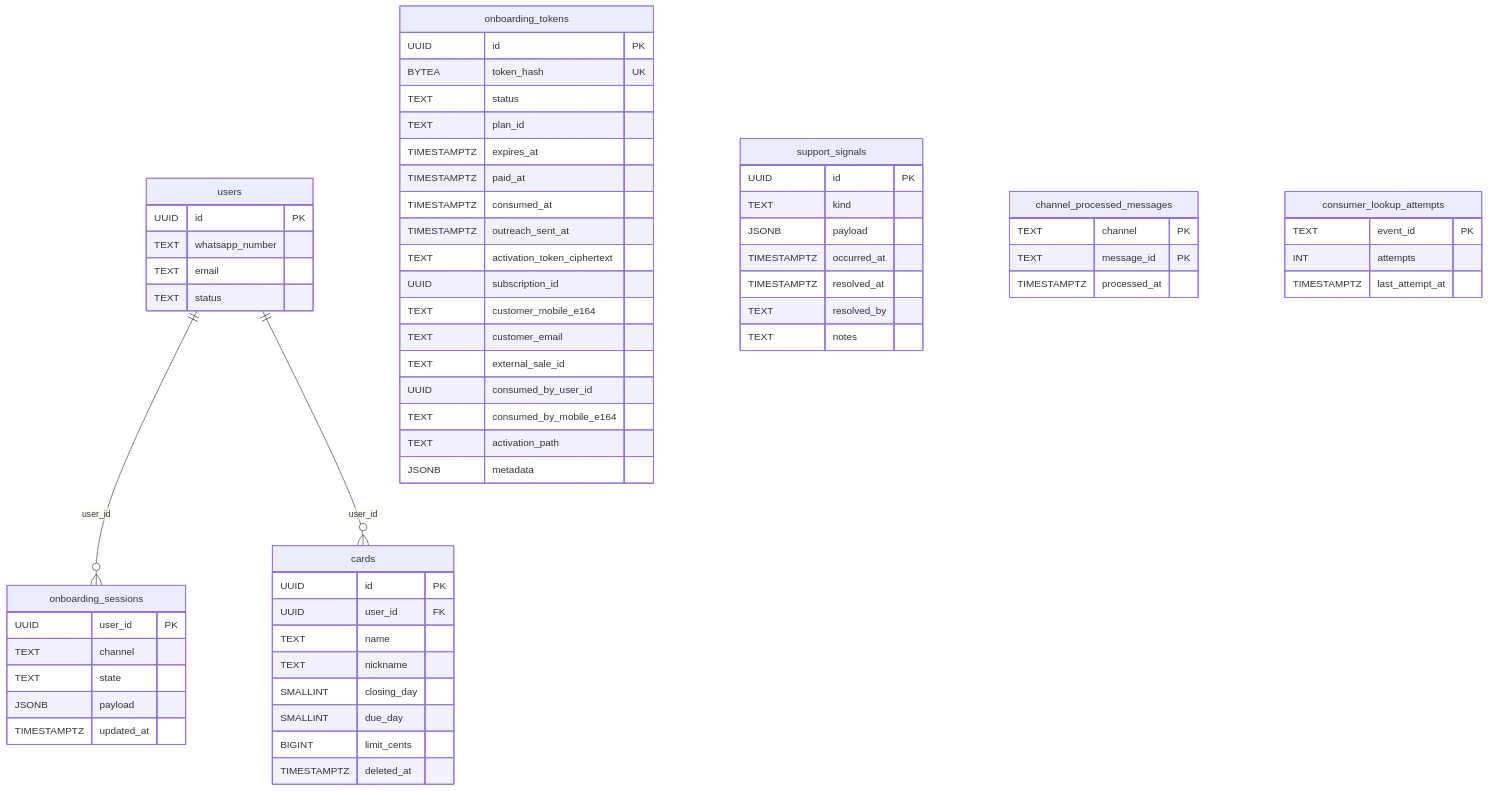
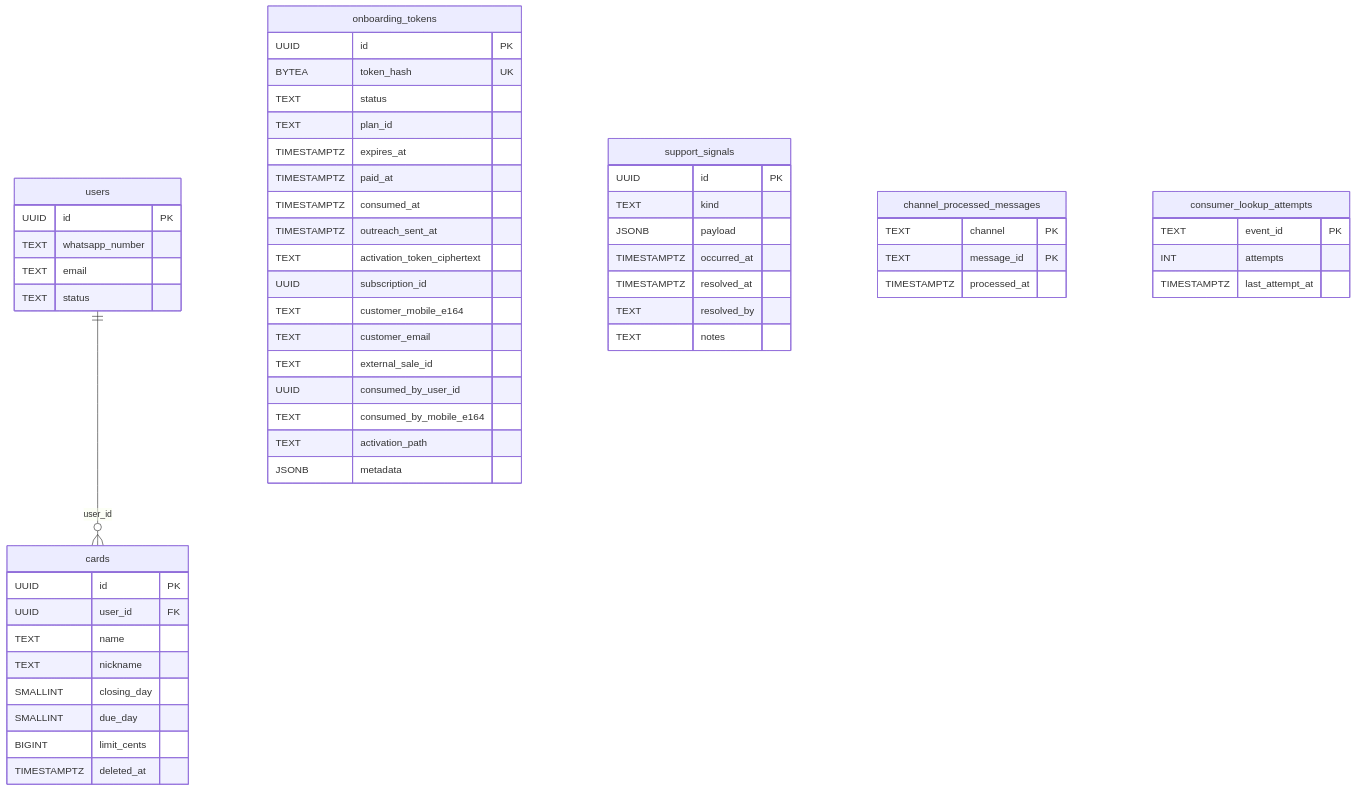
One commit to LimaTeixeiraTecnologia/mecontrola changed the eighth of 8 diagrams in docs/modules/onboarding.md. Above: the diagram before and after it, drawn with Mermaid. The commit also changed other lines of this file and 116 other files, not shown here.

````diff
--- a/docs/modules/onboarding.md
+++ b/docs/modules/onboarding.md
@@ -575,67 +473,59 @@
 ```mermaid
 erDiagram
     users {
         UUID id PK
         TEXT whatsapp_number
         TEXT email
         TEXT status
     }
     onboarding_tokens {
         UUID id PK
         BYTEA token_hash UK
         TEXT status
         TEXT plan_id
         TIMESTAMPTZ expires_at
         TIMESTAMPTZ paid_at
         TIMESTAMPTZ consumed_at
         TIMESTAMPTZ outreach_sent_at
         TEXT activation_token_ciphertext
         UUID subscription_id
         TEXT customer_mobile_e164
         TEXT customer_email
         TEXT external_sale_id
         UUID consumed_by_user_id
         TEXT consumed_by_mobile_e164
         TEXT activation_path
         JSONB metadata
-    }
-    onboarding_sessions {
-        UUID user_id PK
-        TEXT channel
-        TEXT state
-        JSONB payload
-        TIMESTAMPTZ updated_at
     }
     support_signals {
         UUID id PK
         TEXT kind
         JSONB payload
         TIMESTAMPTZ occurred_at
         TIMESTAMPTZ resolved_at
         TEXT resolved_by
         TEXT notes
     }
     channel_processed_messages {
         TEXT channel PK
         TEXT message_id PK
         TIMESTAMPTZ processed_at
     }
     cards {
         UUID id PK
         UUID user_id FK
         TEXT name
         TEXT nickname
         SMALLINT closing_day
         SMALLINT due_day
         BIGINT limit_cents
         TIMESTAMPTZ deleted_at
     }
     consumer_lookup_attempts {
         TEXT event_id PK
         INT attempts
         TIMESTAMPTZ last_attempt_at
     }
 
-    users ||--o{ onboarding_sessions : "user_id"
     users ||--o{ cards : "user_id"
 ```
````
